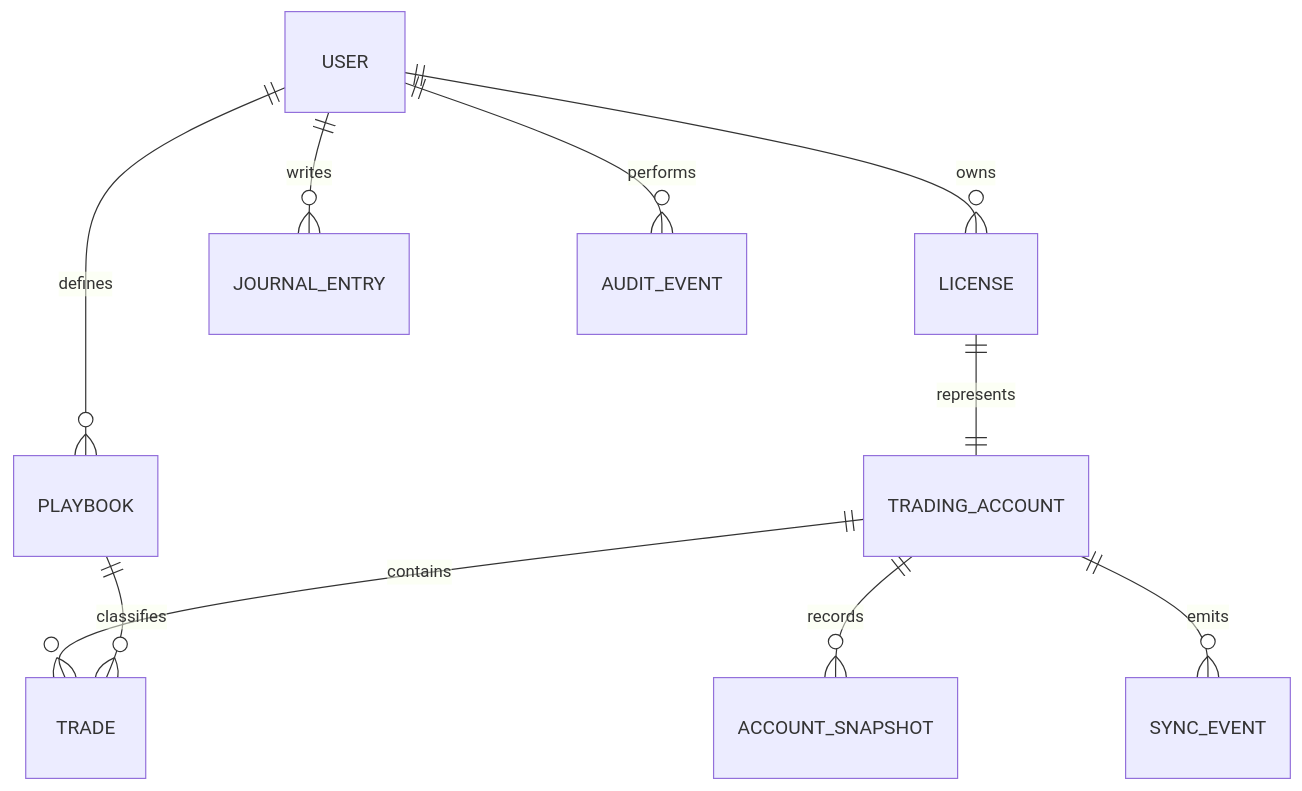
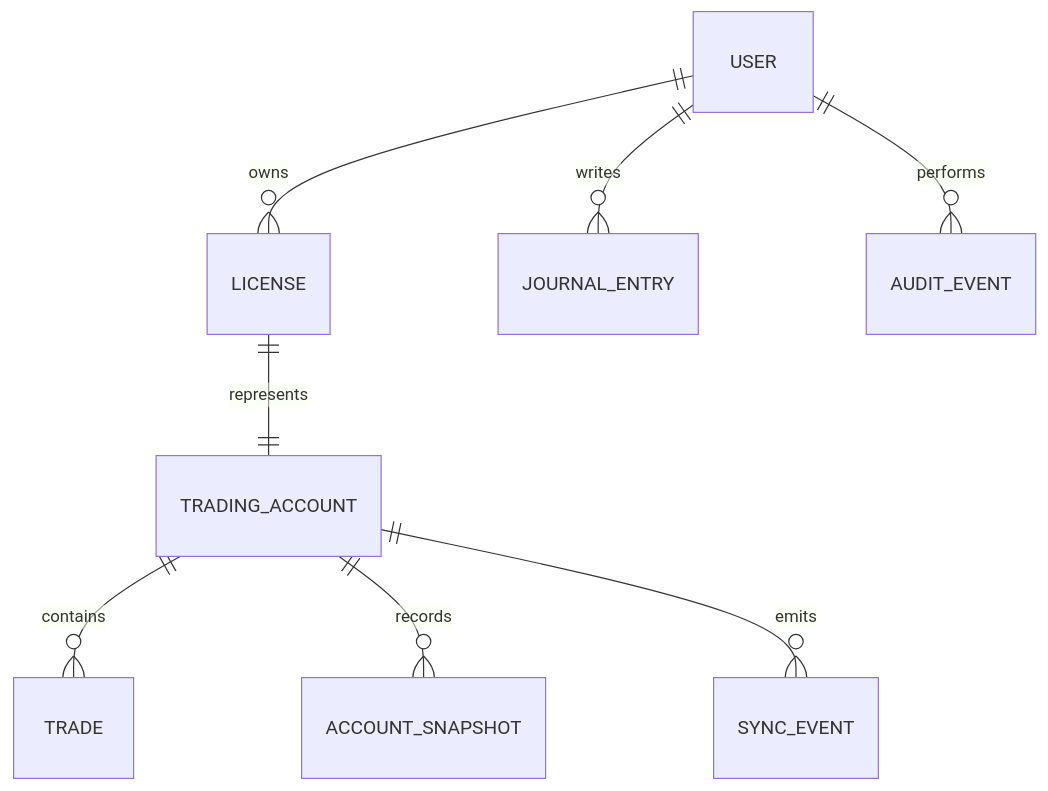
The first of 2 diagrams in README.md (anasayub80/market-structure-journal), drawn with Mermaid before and after one commit. The commit also changed other lines of this file and 10 other files, not shown here.

````diff
--- a/README.md
+++ b/README.md
@@ -88,12 +97,10 @@
 ```mermaid
 erDiagram
     USER ||--o{ LICENSE : owns
     LICENSE ||--|| TRADING_ACCOUNT : represents
     TRADING_ACCOUNT ||--o{ TRADE : contains
     TRADING_ACCOUNT ||--o{ ACCOUNT_SNAPSHOT : records
     TRADING_ACCOUNT ||--o{ SYNC_EVENT : emits
     USER ||--o{ JOURNAL_ENTRY : writes
-    USER ||--o{ PLAYBOOK : defines
-    PLAYBOOK ||--o{ TRADE : classifies
     USER ||--o{ AUDIT_EVENT : performs
 ```
````
